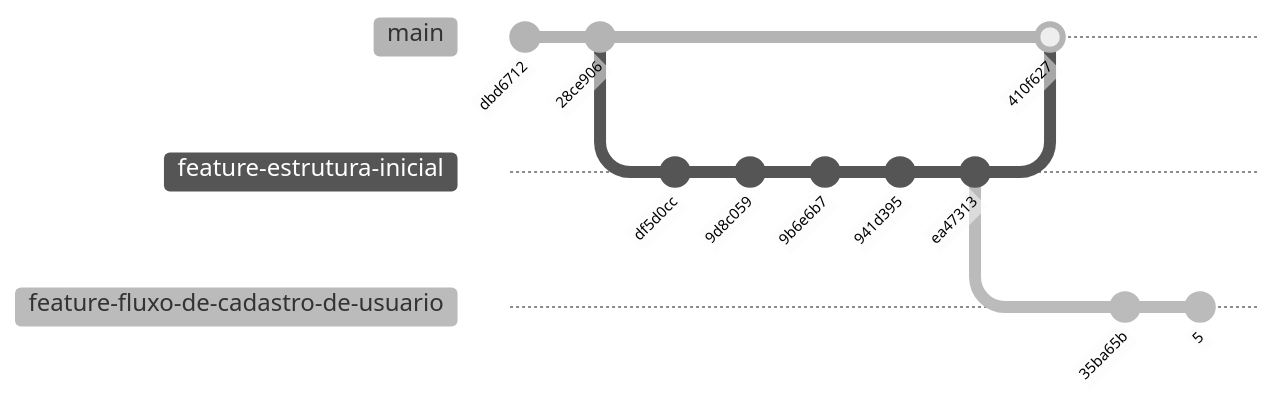
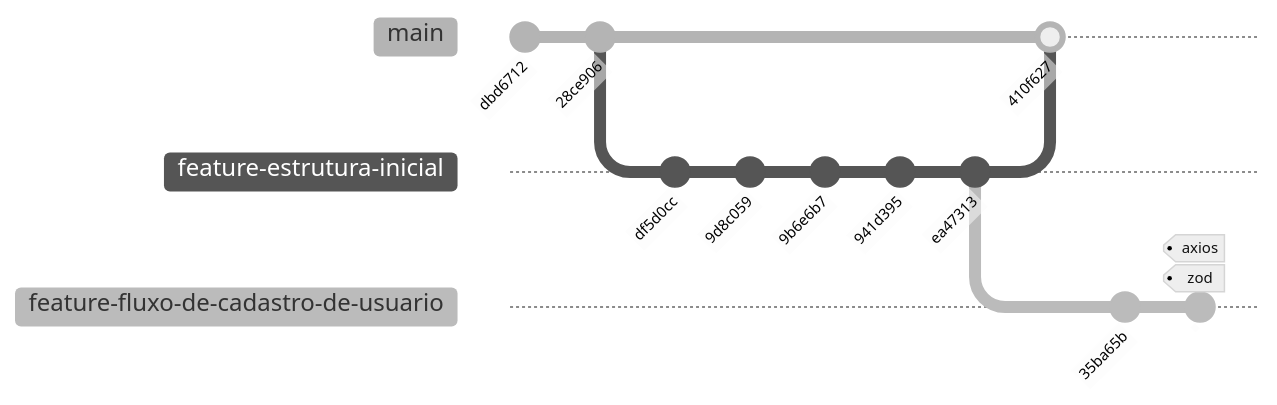
The diagram in README.md (CaioARL/BiCity), drawn with Mermaid (neutral theme) before and after one commit. The commit also changed other lines of this file, not shown here.

````diff
--- a/README.md
+++ b/README.md
@@ -6,18 +5,18 @@
 ```mermaid
     gitGraph
        commit id: "dbd6712"
        commit id: "28ce906"
        branch feature-estrutura-inicial
        commit id: "df5d0cc"
        commit id: "9d8c059"
        commit id: "9b6e6b7"
        commit id: "941d395"
        commit id: "ea47313"
        branch feature-fluxo-de-cadastro-de-usuario
        checkout main
        merge feature-estrutura-inicial id: "410f627"
        checkout feature-fluxo-de-cadastro-de-usuario
        commit id: "35ba65b"
-       commit id: "5"
+       commit id: " " tag: "axios" tag: "zod"
 
 ```
````
